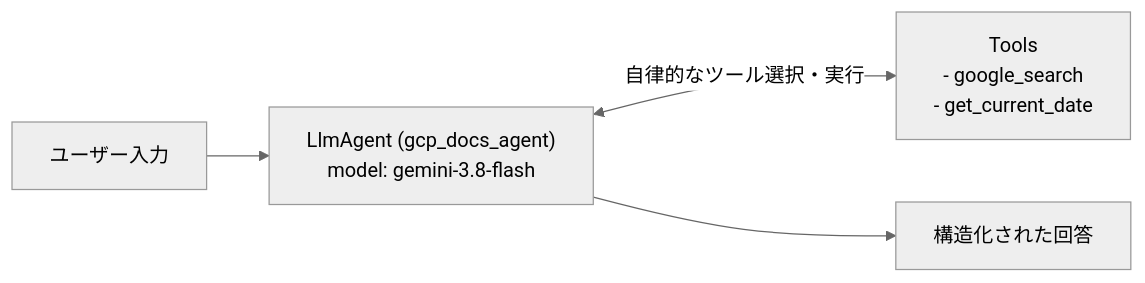
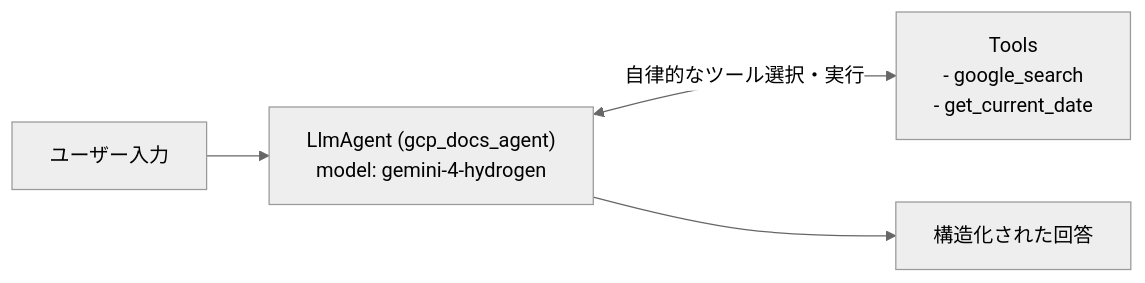
The diagram in patterns/p01_single_agent/README.md (tyorikan/agent-design-patterns), drawn with Mermaid (neutral theme) before and after one commit. The commit also changed other lines of this file and 47 other files, not shown here.

Commit message:
feat(models): migrate default and frontier models to gemini-4-hydrogen and gemini-4-carbon

````diff
--- a/patterns/p01_single_agent/README.md
+++ b/patterns/p01_single_agent/README.md
@@ -9,6 +9,6 @@
 ```mermaid
 flowchart LR
-    U["ユーザー入力"] --> A["LlmAgent (gcp_docs_agent)<br/>model: gemini-3.8-flash"]
+    U["ユーザー入力"] --> A["LlmAgent (gcp_docs_agent)<br/>model: gemini-4-hydrogen"]
     A <-->|"自律的なツール選択・実行"| T["Tools<br/>- google_search<br/>- get_current_date"]
     A --> R["構造化された回答"]
 ```
````
